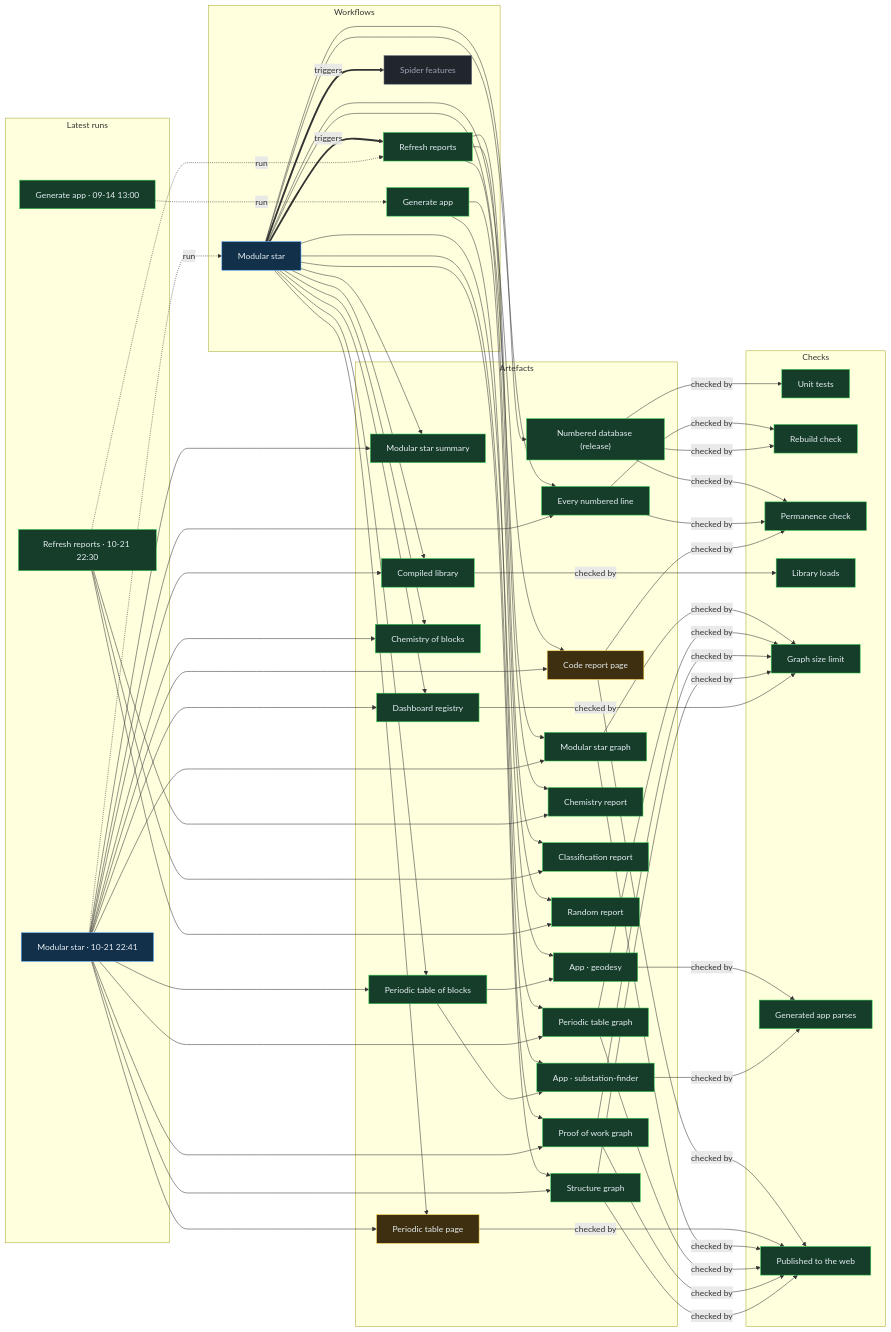
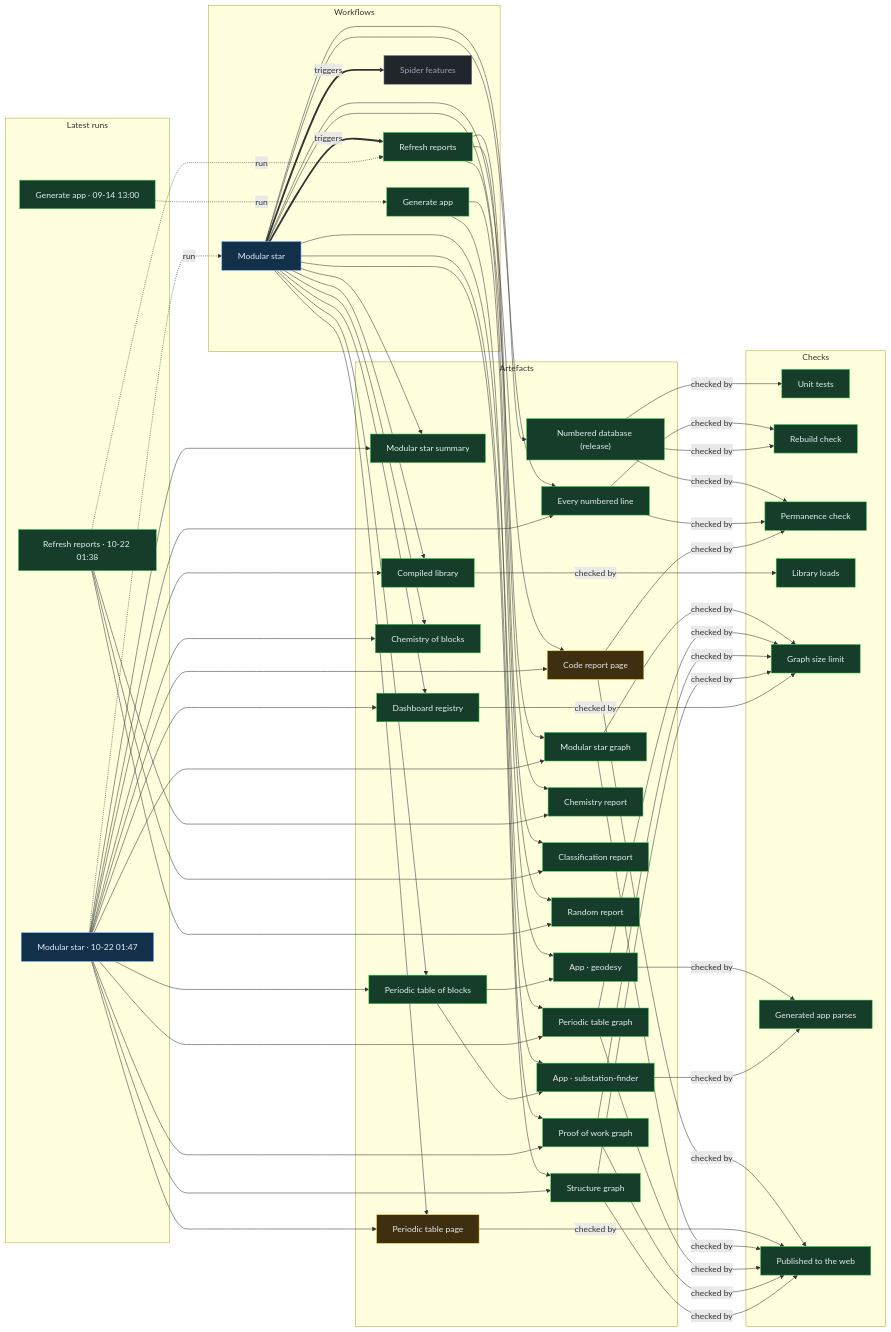
The diagram in proof/PROOF.md (Ventusltd/stars), drawn with Mermaid before and after one commit. The commit also changed other lines of this file and 33 other files, not shown here.

Commit message:
Modular star 2026-10-22T01:50Z

```diff
--- a/proof/PROOF.md
+++ b/proof/PROOF.md
@@ -24,8 +24,8 @@
   n_wf_spider_features["Spider features"]:::off
   end
   subgraph g_runs["Latest runs"]
-  n_run_39688337734["Modular star · 10-21 22:41"]:::live
-  n_run_39687019204["Refresh reports · 10-21 22:30"]:::ok
+  n_run_39707738323["Modular star · 10-22 01:47"]:::live
+  n_run_39706876312["Refresh reports · 10-22 01:38"]:::ok
   n_run_34846587798["Generate app · 09-14 13:00"]:::ok
   end
   subgraph g_artefacts["Artefacts"]
@@ -59,39 +59,39 @@
   end
   n_wf_modular_star == triggers ==> n_wf_refresh
   n_wf_modular_star == triggers ==> n_wf_spider_features
-  n_run_39688337734 -. run .-> n_wf_modular_star
-  n_run_39687019204 -. run .-> n_wf_refresh
+  n_run_39707738323 -. run .-> n_wf_modular_star
+  n_run_39706876312 -. run .-> n_wf_refresh
   n_run_34846587798 -. run .-> n_wf_generate
   n_wf_modular_star --> n_art_summary
-  n_run_39688337734 --> n_art_summary
+  n_run_39707738323 --> n_art_summary
   n_wf_modular_star --> n_art_lines
-  n_run_39688337734 --> n_art_lines
+  n_run_39707738323 --> n_art_lines
   n_wf_modular_star --> n_art_code
-  n_run_39688337734 --> n_art_code
+  n_run_39707738323 --> n_art_code
   n_wf_modular_star --> n_art_modular_graph
-  n_run_39688337734 --> n_art_modular_graph
+  n_run_39707738323 --> n_art_modular_graph
   n_wf_modular_star --> n_art_blocks
-  n_run_39688337734 --> n_art_blocks
+  n_run_39707738323 --> n_art_blocks
   n_wf_modular_star --> n_art_table
-  n_run_39688337734 --> n_art_table
+  n_run_39707738323 --> n_art_table
   n_wf_modular_star --> n_art_blocks_graph
-  n_run_39688337734 --> n_art_blocks_graph
+  n_run_39707738323 --> n_art_blocks_graph
   n_wf_modular_star --> n_art_reactions
-  n_run_39688337734 --> n_art_reactions
+  n_run_39707738323 --> n_art_reactions
   n_wf_modular_star --> n_art_library
-  n_run_39688337734 --> n_art_library
+  n_run_39707738323 --> n_art_library
   n_wf_modular_star --> n_art_features
-  n_run_39688337734 --> n_art_features
+  n_run_39707738323 --> n_art_features
   n_wf_modular_star --> n_art_proof
-  n_run_39688337734 --> n_art_proof
+  n_run_39707738323 --> n_art_proof
   n_wf_modular_star --> n_art_structure
-  n_run_39688337734 --> n_art_structure
+  n_run_39707738323 --> n_art_structure
   n_wf_refresh --> n_art_chemistry
-  n_run_39687019204 --> n_art_chemistry
+  n_run_39706876312 --> n_art_chemistry
   n_wf_refresh --> n_art_vedic
-  n_run_39687019204 --> n_art_vedic
+  n_run_39706876312 --> n_art_vedic
   n_wf_refresh --> n_art_random
-  n_run_39687019204 --> n_art_random
+  n_run_39706876312 --> n_art_random
   n_wf_modular_star --> n_art_release
   n_wf_generate --> n_app_geodesy
   n_art_blocks --> n_app_geodesy
```
